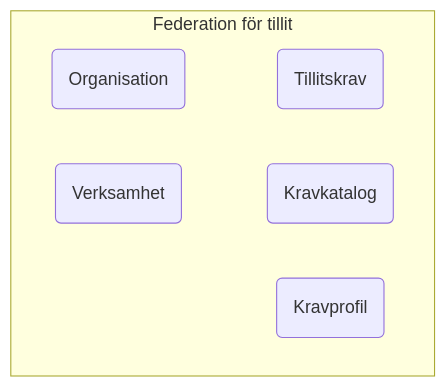
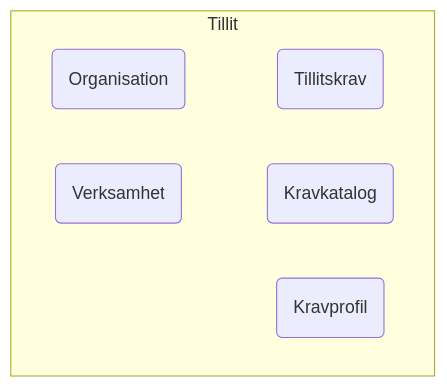
One commit to diggsweden/ena-authorization changed the eighth of 14 diagrams in architecture/drafts/IAM_TargetArchitecture_Sweden.md. Above: the diagram before and after it, drawn with Mermaid. The commit also changed other lines of this file, not shown here.

````diff
--- a/architecture/drafts/IAM_TargetArchitecture_Sweden.md
+++ b/architecture/drafts/IAM_TargetArchitecture_Sweden.md
@@ -348,14 +354,14 @@
 ```mermaid
 graph TB
-subgraph fo[Federation för tillit]
+subgraph t[Tillit]
     direction LR
     o(Organisation)
     v(Verksamhet)
     k(Tillitskrav)
     kk(Kravkatalog)
     kp(Kravprofil)
     o  ~~~ k
     v  ~~~ kk
     k & kk & kp
 end
 ```
````
